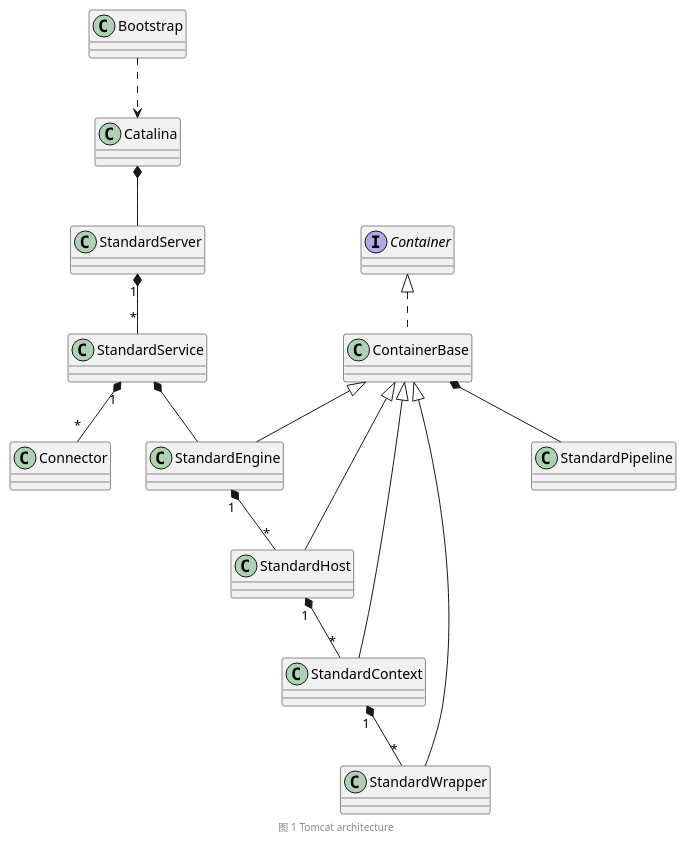
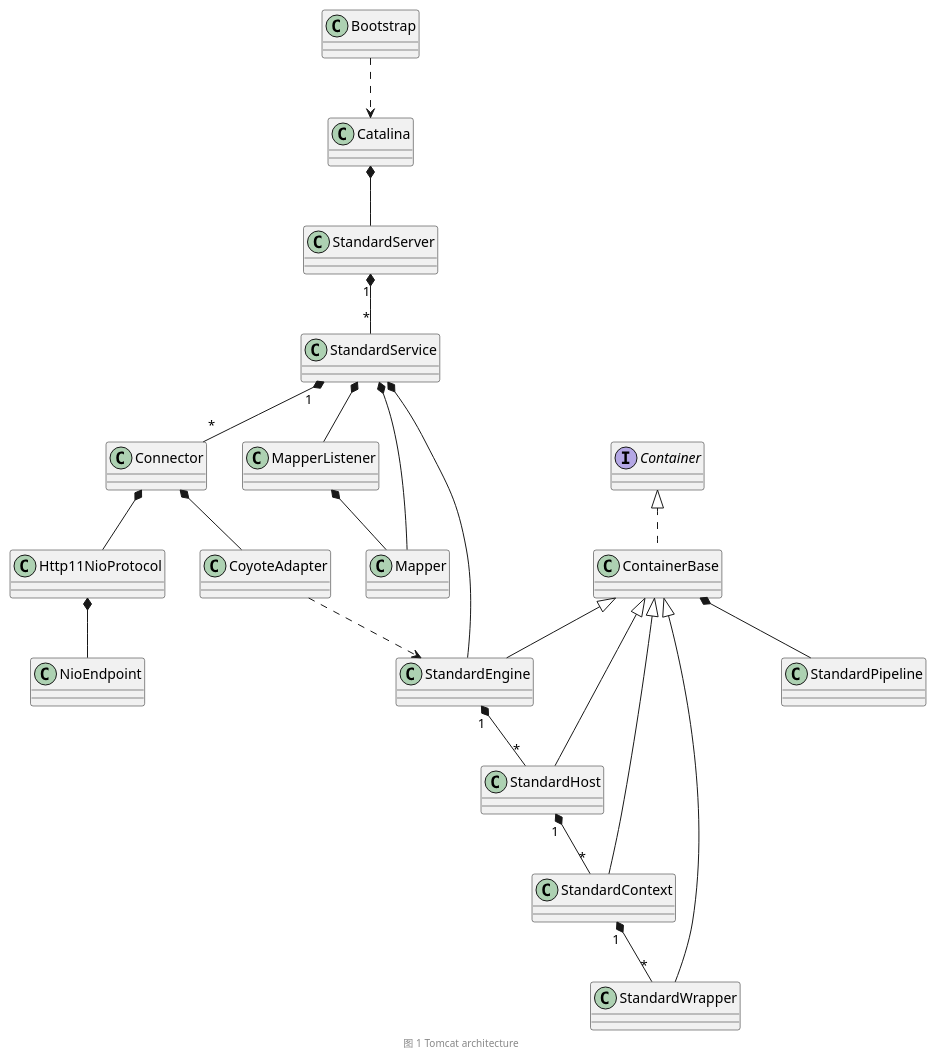
One commit to c-rainstorm/blog changed the diagram in res/tomcat-architecture.pu. Above: the diagram before and after it, drawn with PlantUML. The commit also changed 17 other files, not shown here.

Commit message:
Tomcat :  add request process & update architecture

```diff
--- a/res/tomcat-architecture.pu
+++ b/res/tomcat-architecture.pu
@@ -1,42 +1,63 @@
 @startuml
 
 class Bootstrap
 
 class Catalina
 
 class StandardServer
 
 class StandardService
+class Connector
 
-class Connector
+class Http11NioProtocol
+class CoyoteAdapter
+class NioEndpoint
+
+class MapperListener
+class Mapper
+
+Connector *-- Http11NioProtocol
+Connector *-- CoyoteAdapter
+CoyoteAdapter ..> StandardEngine
+Http11NioProtocol *-- NioEndpoint
+
+StandardService *-- MapperListener
+StandardService *-- Mapper
+
+MapperListener *-- Mapper
+
+
 interface Container
 class ContainerBase
 Container <|.. ContainerBase
 class StandardEngine
 class StandardHost
 class StandardContext
 class StandardWrapper
 class StandardPipeline
 
 Bootstrap ..> Catalina
 
 Catalina *-- StandardServer
 StandardServer "1" *-- "*" StandardService
 StandardService "1" *-- "*" Connector
 StandardService *-- StandardEngine
 StandardEngine "1" *-- "*" StandardHost
 StandardHost "1" *-- "*" StandardContext
 StandardContext "1" *-- "*" StandardWrapper
 
 
 ContainerBase <|-- StandardEngine
 ContainerBase <|-- StandardHost
 ContainerBase <|-- StandardContext
 ContainerBase <|-- StandardWrapper
 ContainerBase *-- StandardPipeline
 
+
+
+
 footer
 图 1 Tomcat architecture
 endfooter
 
 @enduml
```
